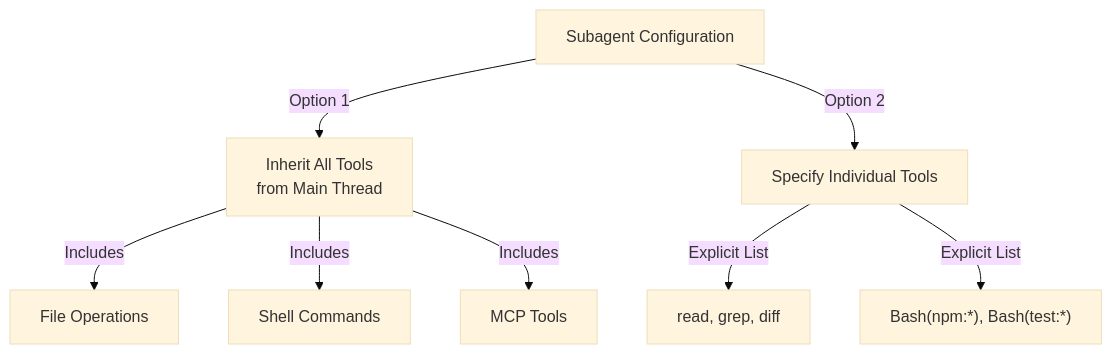
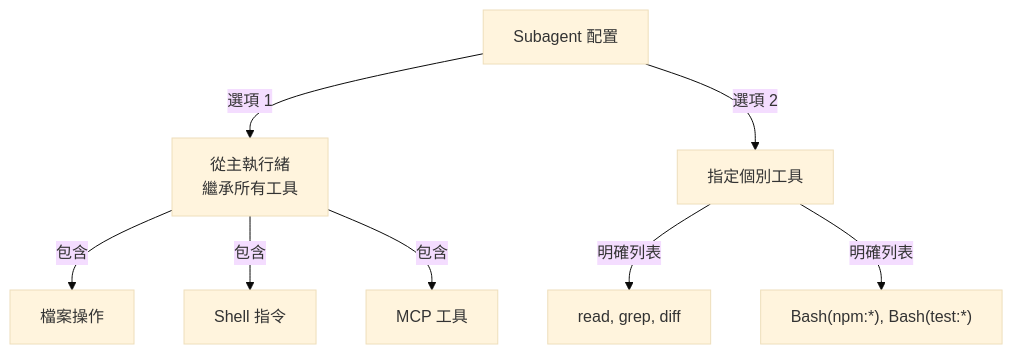
Before and after one commit to huckly/claude-howto-zh-tw: the sixth of 31 diagrams in claude_concepts_guide.md, drawn with Mermaid (base theme). The commit also changed other lines of this file and 12 other files, not shown here.

````diff
--- a/claude_concepts_guide.md
+++ b/claude_concepts_guide.md
@@ -271,10 +271,10 @@
 ```mermaid
 graph TD
-    A["Subagent Configuration"] -->|Option 1| B["Inherit All Tools<br/>from Main Thread"]
-    A -->|Option 2| C["Specify Individual Tools"]
-    B -->|Includes| B1["File Operations"]
-    B -->|Includes| B2["Shell Commands"]
-    B -->|Includes| B3["MCP Tools"]
-    C -->|Explicit List| C1["read, grep, diff"]
-    C -->|Explicit List| C2["Bash(npm:*), Bash(test:*)"]
+    A["Subagent 配置"] -->|選項 1| B["從主執行緒<br/>繼承所有工具"]
+    A -->|選項 2| C["指定個別工具"]
+    B -->|包含| B1["檔案操作"]
+    B -->|包含| B2["Shell 指令"]
+    B -->|包含| B3["MCP 工具"]
+    C -->|明確列表| C1["read, grep, diff"]
+    C -->|明確列表| C2["Bash(npm:*), Bash(test:*)"]
 ```
````
